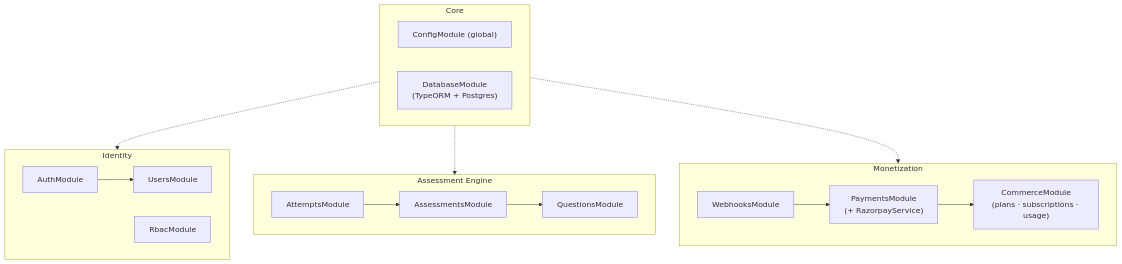
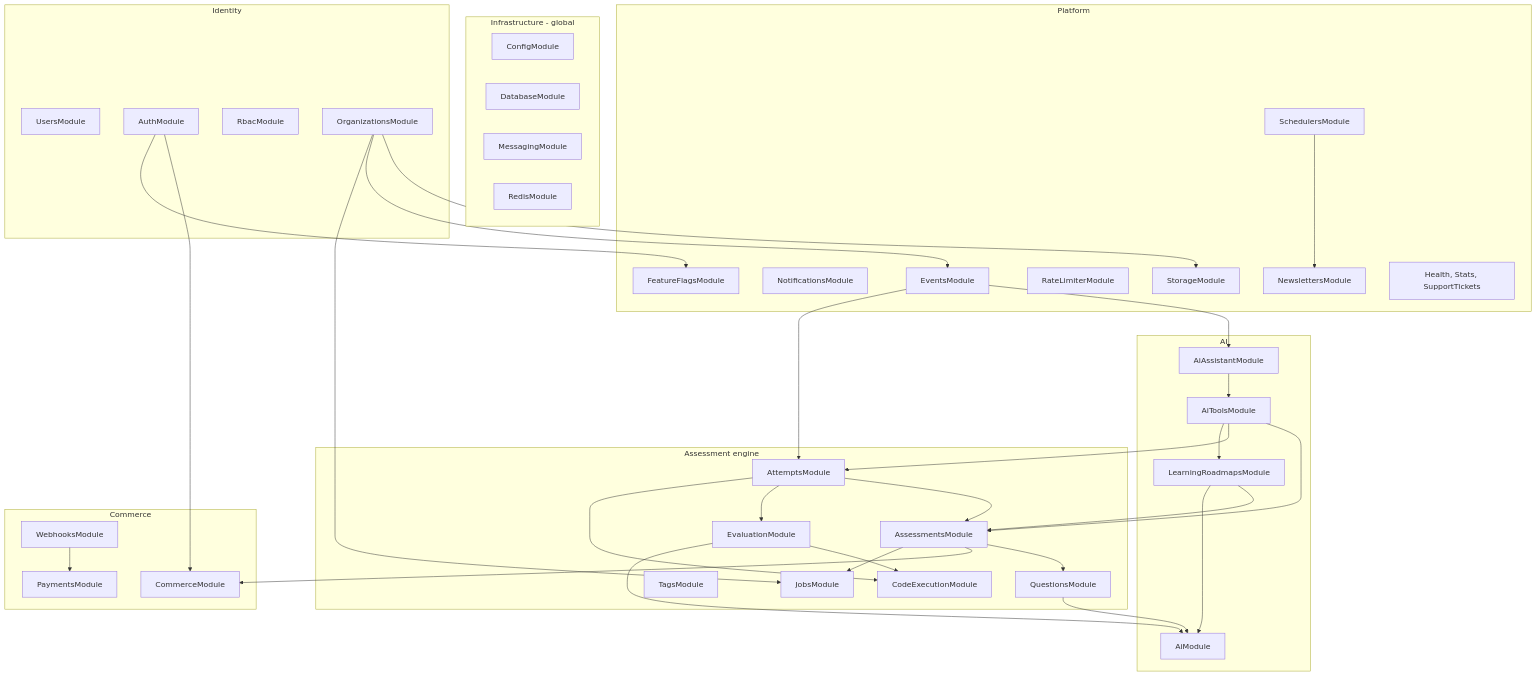
The second of 6 diagrams in docs/architecture.md (sharma-dikshant/TestFlow-Docs), drawn with Mermaid before and after one commit. The commit also changed other lines of this file and 26 other files, not shown here.

````diff
--- a/docs/architecture.md
+++ b/docs/architecture.md
@@ -16,35 +35,75 @@
 ```mermaid
-flowchart TD
-    subgraph core["Core"]
-        config["ConfigModule (global)"]
-        database["DatabaseModule\n(TypeORM + Postgres)"]
+flowchart TB
+    subgraph infra["Infrastructure - global"]
+        cfg["ConfigModule"]
+        db["DatabaseModule"]
+        mq["MessagingModule"]
+        rds["RedisModule"]
     end
 
     subgraph identity["Identity"]
         users["UsersModule"]
         auth["AuthModule"]
         rbac["RbacModule"]
+        orgs["OrganizationsModule"]
     end
 
-    subgraph testing["Assessment Engine"]
+    subgraph engine["Assessment engine"]
+        assess["AssessmentsModule"]
         questions["QuestionsModule"]
-        assessments["AssessmentsModule"]
+        tags["TagsModule"]
         attempts["AttemptsModule"]
+        evaluation["EvaluationModule"]
+        codeexec["CodeExecutionModule"]
+        jobs["JobsModule"]
     end
 
-    subgraph commerce["Monetization"]
-        commerceMod["CommerceModule\n(plans · subscriptions · usage)"]
-        payments["PaymentsModule\n(+ RazorpayService)"]
+    subgraph ai["AI"]
+        aimod["AiModule"]
+        aitools["AiToolsModule"]
+        assistant["AiAssistantModule"]
+        roadmaps["LearningRoadmapsModule"]
+    end
+
+    subgraph money["Commerce"]
+        commerce["CommerceModule"]
+        payments["PaymentsModule"]
         webhooks["WebhooksModule"]
     end
 
-    auth --> users
-    attempts --> assessments
-    assessments --> questions
-    payments --> commerceMod
+    subgraph platform["Platform"]
+        events["EventsModule"]
+        notif["NotificationsModule"]
+        storage["StorageModule"]
+        ratelimit["RateLimiterModule"]
+        flags["FeatureFlagsModule"]
+        sched["SchedulersModule"]
+        news["NewslettersModule"]
+        other["Health, Stats, SupportTickets"]
+    end
+
+    assess --> questions
+    assess --> commerce
+    assess --> jobs
+    attempts --> assess
+    attempts --> evaluation
+    attempts --> codeexec
+    evaluation --> codeexec
+    evaluation --> aimod
+    questions --> aimod
+    roadmaps --> assess
+    roadmaps --> aimod
+    aitools --> assess
+    aitools --> attempts
+    aitools --> roadmaps
+    assistant --> aitools
+    events --> assistant
+    events --> attempts
+    orgs --> storage
+    orgs --> events
+    orgs --> jobs
     webhooks --> payments
-
-    core -.-> identity
-    core -.-> testing
-    core -.-> commerce
+    sched --> news
+    auth --> commerce
+    auth --> flags
 ```
````
